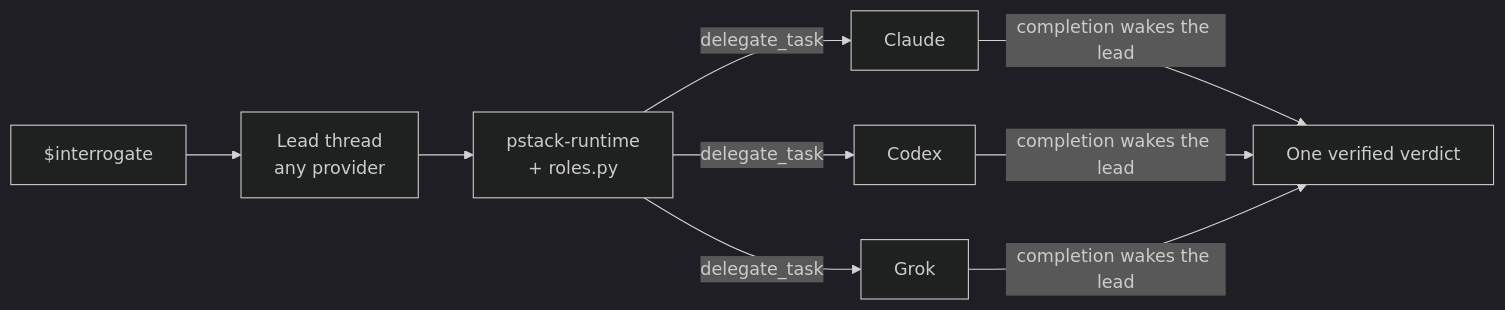
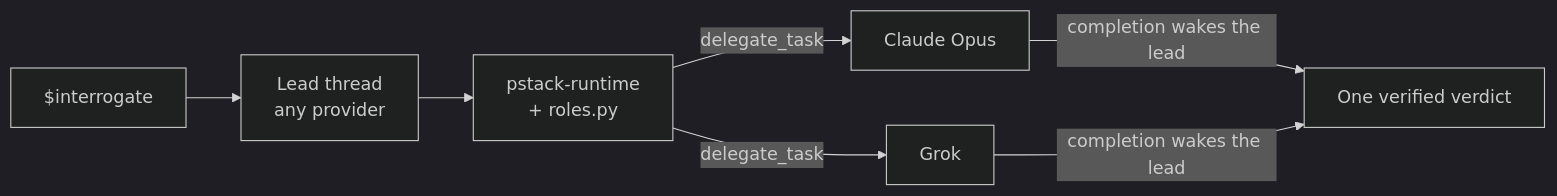
Before and after one commit to bigx333/pstack-t3: the diagram in README.md, drawn with Mermaid (dark theme). The commit also changed other lines of this file and 1 other file, not shown here.

First line of the commit message:
docs: changelog and README for the 0.15.15 sync and the Opus and Grok defaults (#34)

````diff
--- a/README.md
+++ b/README.md
@@ -138,9 +138,8 @@
 ```mermaid
 flowchart LR
     you["$interrogate"] --> lead["Lead thread<br/>any provider"]
     lead --> runtime["pstack-runtime<br/>+ roles.py"]
-    runtime -->|delegate_task| a["Claude"]
-    runtime -->|delegate_task| b["Codex"]
-    runtime -->|delegate_task| c["Grok"]
-    a & b & c -->|completion wakes the lead| verdict["One verified verdict"]
+    runtime -->|delegate_task| a["Claude Opus"]
+    runtime -->|delegate_task| b["Grok"]
+    a & b -->|completion wakes the lead| verdict["One verified verdict"]
 ```
````
